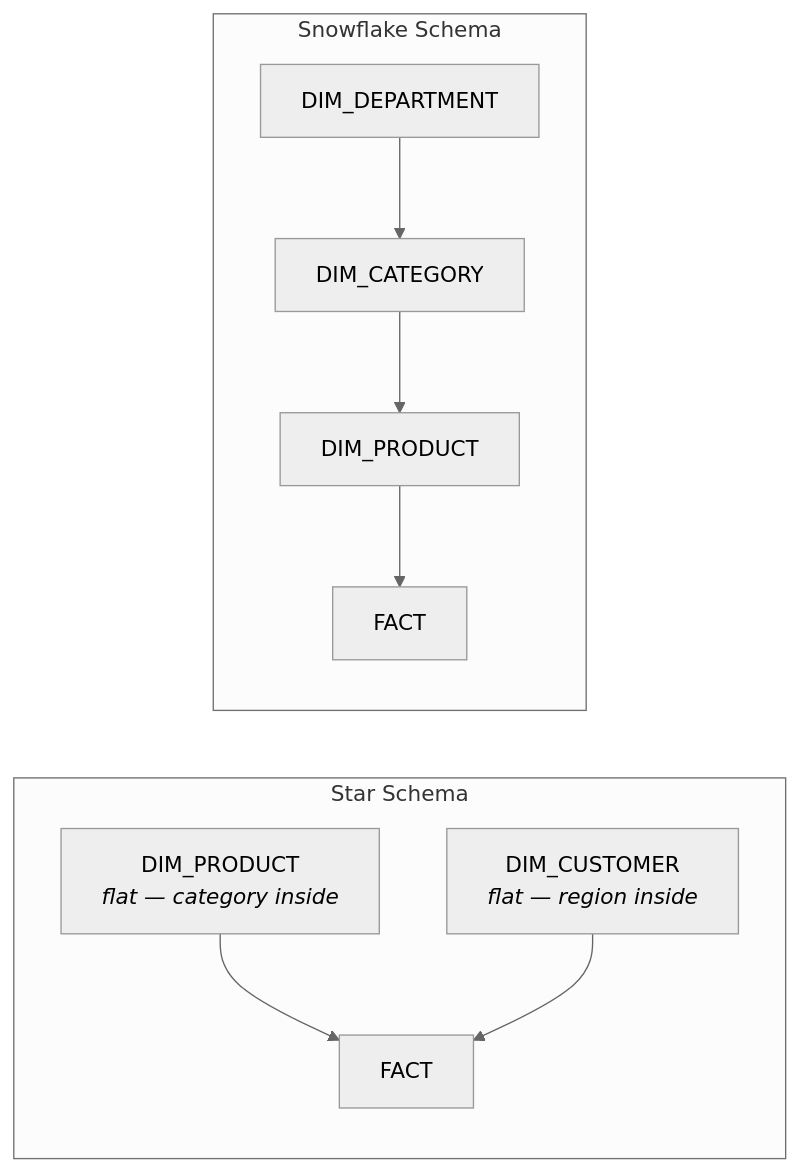
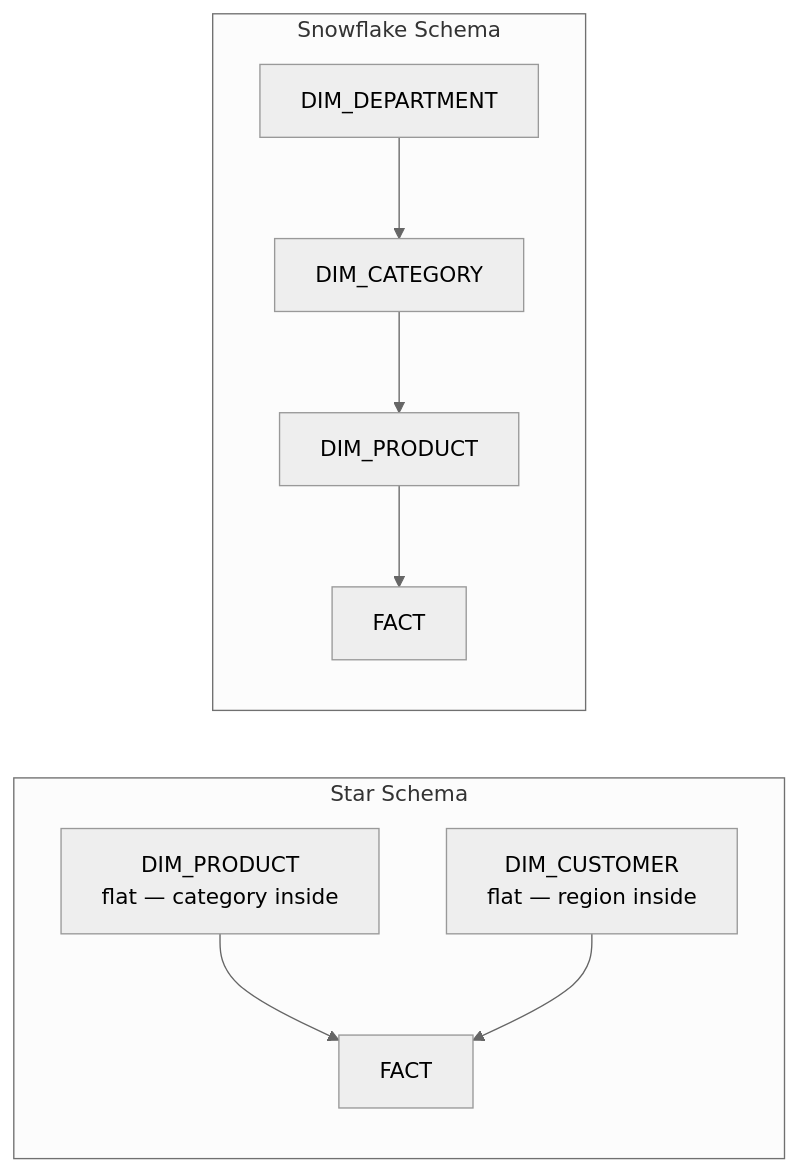
Diagram 16 of 23 in data-architecture/data-warehouse.md (adnanrahin/adnanrahin.github.io), drawn with Mermaid (neutral theme) before and after one commit. The commit also changed other lines of this file and 3 other files, not shown here.

Commit message:
updated the flowchart

````diff
--- a/data-architecture/data-warehouse.md
+++ b/data-architecture/data-warehouse.md
@@ -722,20 +716,20 @@
 ```mermaid
 flowchart LR
     subgraph STAR["Star Schema"]
         direction TD
         S_FACT["FACT"]
-        S_D1["DIM_PRODUCT<br/><i>flat — category inside</i>"]
-        S_D2["DIM_CUSTOMER<br/><i>flat — region inside</i>"]
+        S_D1["DIM_PRODUCT<br/>flat — category inside"]
+        S_D2["DIM_CUSTOMER<br/>flat — region inside"]
         S_D1 --> S_FACT
         S_D2 --> S_FACT
     end
 
     subgraph SNOW["Snowflake Schema"]
         direction TD
         N_FACT["FACT"]
         N_D1["DIM_PRODUCT"]
         N_D2["DIM_CATEGORY"]
         N_D3["DIM_DEPARTMENT"]
         N_D3 --> N_D2 --> N_D1 --> N_FACT
     end
 ```
````
